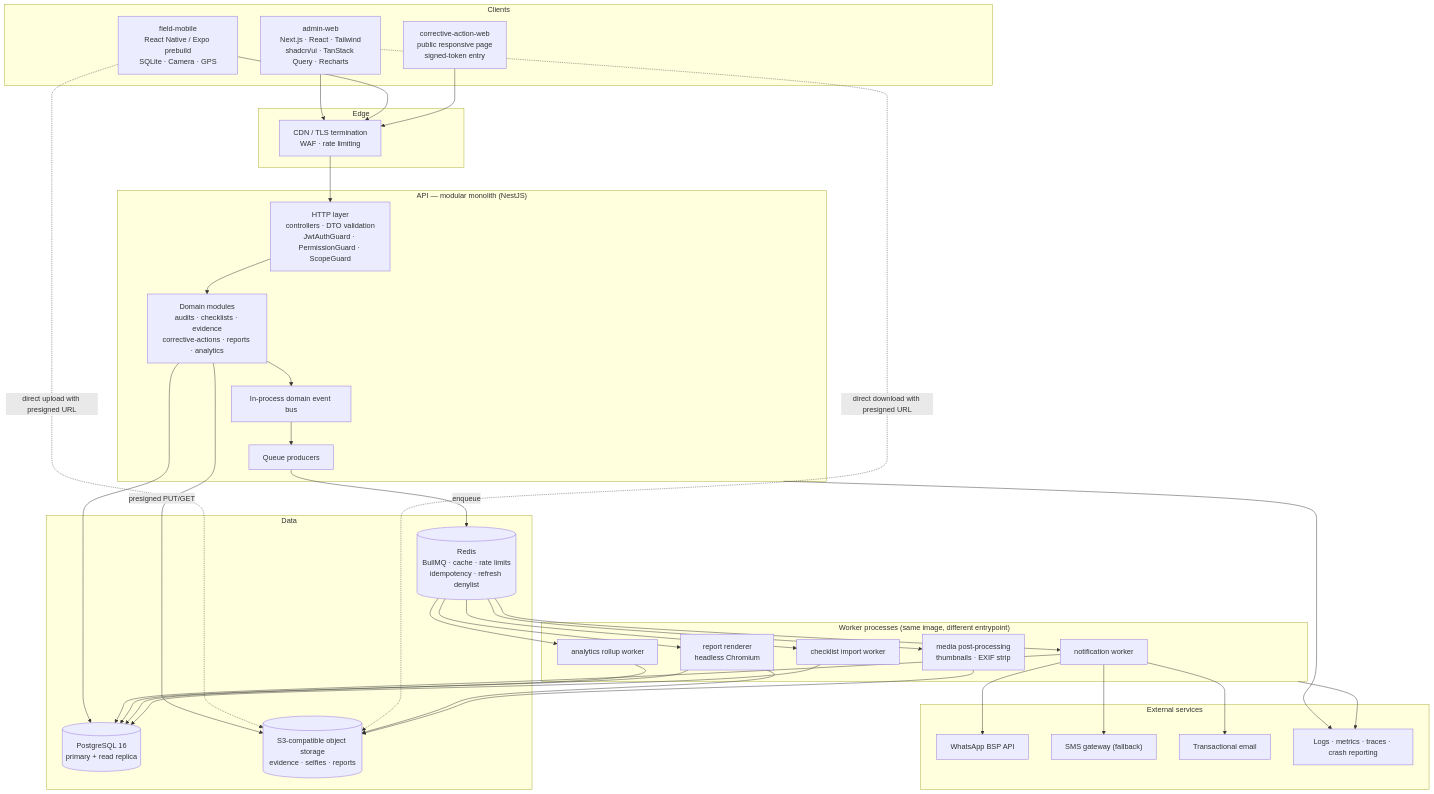
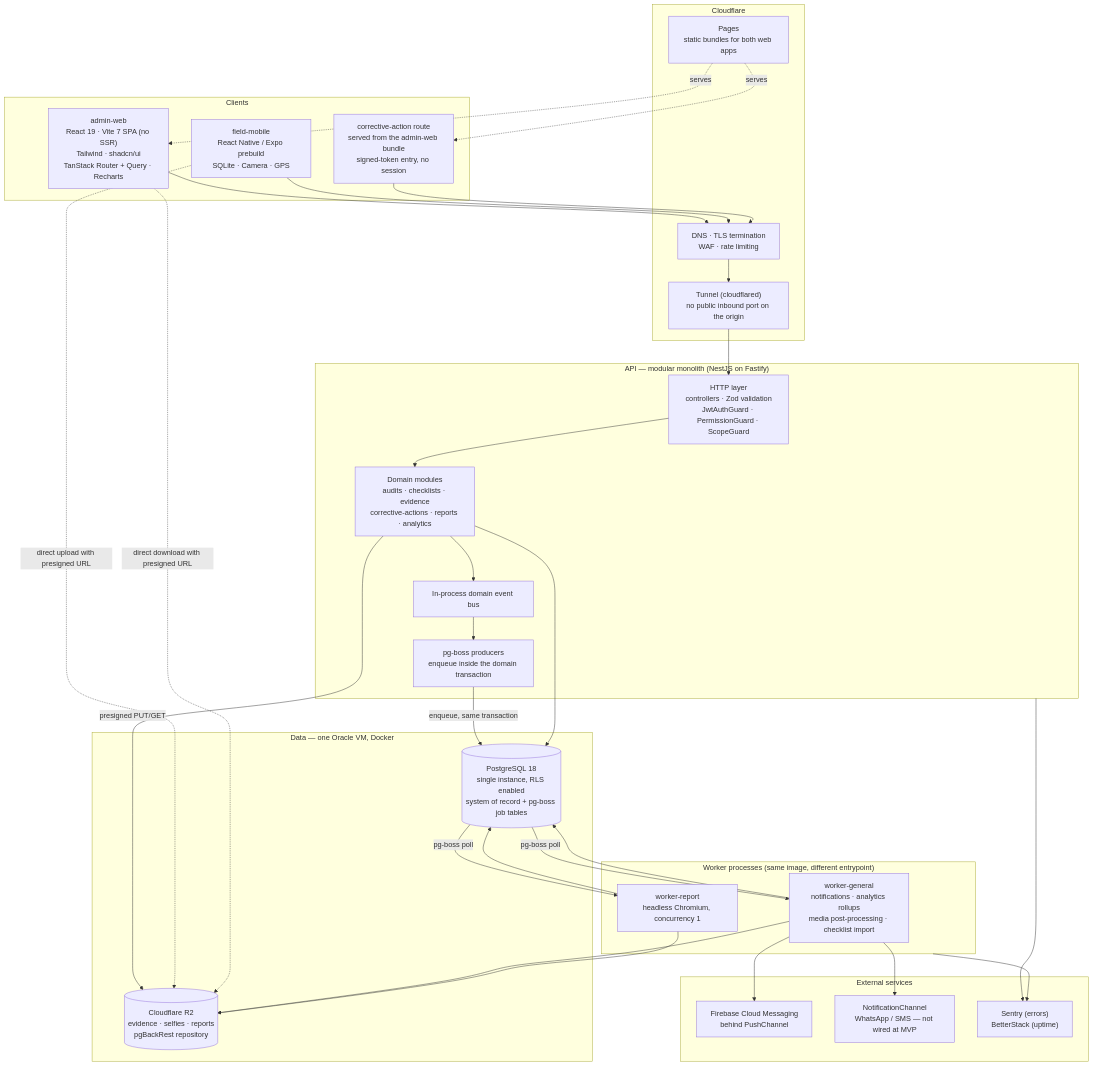
The first of 6 diagrams in ARCHITECTURE.md (team-abassociate/audit5s), drawn with Mermaid before and after one commit. The commit also changed other lines of this file, not shown here.

````diff
--- a/ARCHITECTURE.md
+++ b/ARCHITECTURE.md
@@ -469,72 +470,66 @@
 ```mermaid
 flowchart TB
     subgraph clients["Clients"]
-        WEB["admin-web<br/>Next.js · React · Tailwind<br/>shadcn/ui · TanStack Query · Recharts"]
+        WEB["admin-web<br/>React 19 · Vite 7 SPA (no SSR)<br/>Tailwind · shadcn/ui<br/>TanStack Router + Query · Recharts"]
         MOB["field-mobile<br/>React Native / Expo prebuild<br/>SQLite · Camera · GPS"]
-        CAW["corrective-action-web<br/>public responsive page<br/>signed-token entry"]
+        CAW["corrective-action route<br/>served from the admin-web bundle<br/>signed-token entry, no session"]
     end
 
-    subgraph edge["Edge"]
-        CDN["CDN / TLS termination<br/>WAF · rate limiting"]
+    subgraph edge["Cloudflare"]
+        CDN["DNS · TLS termination<br/>WAF · rate limiting"]
+        PAGES["Pages<br/>static bundles for both web apps"]
+        TUNNEL["Tunnel (cloudflared)<br/>no public inbound port on the origin"]
     end
 
-    subgraph api["API — modular monolith (NestJS)"]
-        HTTP["HTTP layer<br/>controllers · DTO validation<br/>JwtAuthGuard · PermissionGuard · ScopeGuard"]
+    subgraph api["API — modular monolith (NestJS on Fastify)"]
+        HTTP["HTTP layer<br/>controllers · Zod validation<br/>JwtAuthGuard · PermissionGuard · ScopeGuard"]
         DOMAIN["Domain modules<br/>audits · checklists · evidence<br/>corrective-actions · reports · analytics"]
         BUS["In-process domain event bus"]
-        PROD["Queue producers"]
+        PROD["pg-boss producers<br/>enqueue inside the domain transaction"]
     end
 
     subgraph workers["Worker processes (same image, different entrypoint)"]
-        WNOTIF["notification worker"]
-        WREPORT["report renderer<br/>headless Chromium"]
-        WANALYTICS["analytics rollup worker"]
-        WMEDIA["media post-processing<br/>thumbnails · EXIF strip"]
-        WIMPORT["checklist import worker"]
+        WGEN["worker-general<br/>notifications · analytics rollups<br/>media post-processing · checklist import"]
+        WREPORT["worker-report<br/>headless Chromium, concurrency 1"]
     end
 
-    subgraph data["Data"]
-        PG[("PostgreSQL 16<br/>primary + read replica")]
-        REDIS[("Redis<br/>BullMQ · cache · rate limits<br/>idempotency · refresh denylist")]
-        S3[("S3-compatible object storage<br/>evidence · selfies · reports")]
+    subgraph data["Data — one Oracle VM, Docker"]
+        PG[("PostgreSQL 18<br/>single instance, RLS enabled<br/>system of record + pg-boss job tables")]
+        R2[("Cloudflare R2<br/>evidence · selfies · reports<br/>pgBackRest repository")]
     end
 
     subgraph external["External services"]
-        WA["WhatsApp BSP API"]
-        SMS["SMS gateway (fallback)"]
-        MAIL["Transactional email"]
-        OBS["Logs · metrics · traces · crash reporting"]
+        FCM["Firebase Cloud Messaging<br/>behind PushChannel"]
+        NCH["NotificationChannel<br/>WhatsApp / SMS — not wired at MVP"]
+        OBS["Sentry (errors)<br/>BetterStack (uptime)"]
     end
 
     WEB --> CDN
     MOB --> CDN
     CAW --> CDN
-    CDN --> HTTP
+    PAGES -.->|serves| WEB
+    PAGES -.->|serves| CAW
+    CDN --> TUNNEL
+    TUNNEL --> HTTP
     HTTP --> DOMAIN
     DOMAIN --> BUS
     BUS --> PROD
-    PROD -->|enqueue| REDIS
+    PROD -->|enqueue, same transaction| PG
     DOMAIN --> PG
-    DOMAIN -->|presigned PUT/GET| S3
-    MOB -.->|direct upload with presigned URL| S3
-    WEB -.->|direct download with presigned URL| S3
+    DOMAIN -->|presigned PUT/GET| R2
+    MOB -.->|direct upload with presigned URL| R2
+    WEB -.->|direct download with presigned URL| R2
 
-    REDIS --> WNOTIF
-    REDIS --> WREPORT
-    REDIS --> WANALYTICS
-    REDIS --> WMEDIA
-    REDIS --> WIMPORT
+    PG -->|pg-boss poll| WGEN
+    PG -->|pg-boss poll| WREPORT
 
-    WNOTIF --> WA
-    WNOTIF --> SMS
-    WNOTIF --> MAIL
-    WNOTIF --> PG
+    WGEN --> FCM
+    WGEN --> NCH
+    WGEN --> PG
+    WGEN --> R2
     WREPORT --> PG
-    WREPORT --> S3
-    WANALYTICS --> PG
-    WMEDIA --> S3
-    WIMPORT --> PG
+    WREPORT --> R2
 
     api --> OBS
     workers --> OBS
 ```
````
